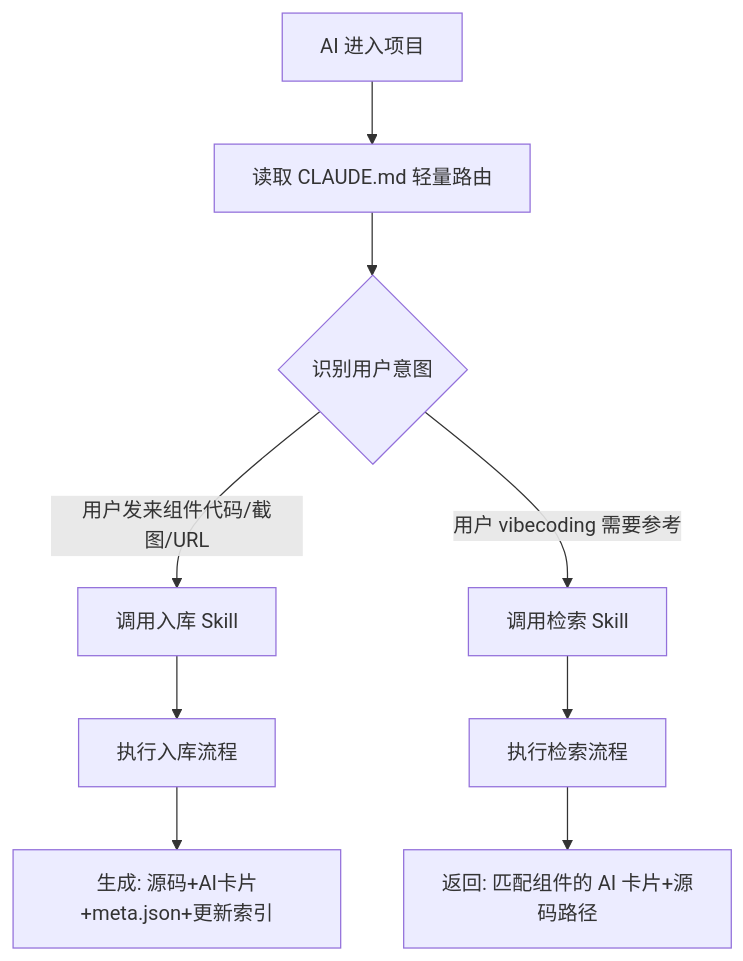
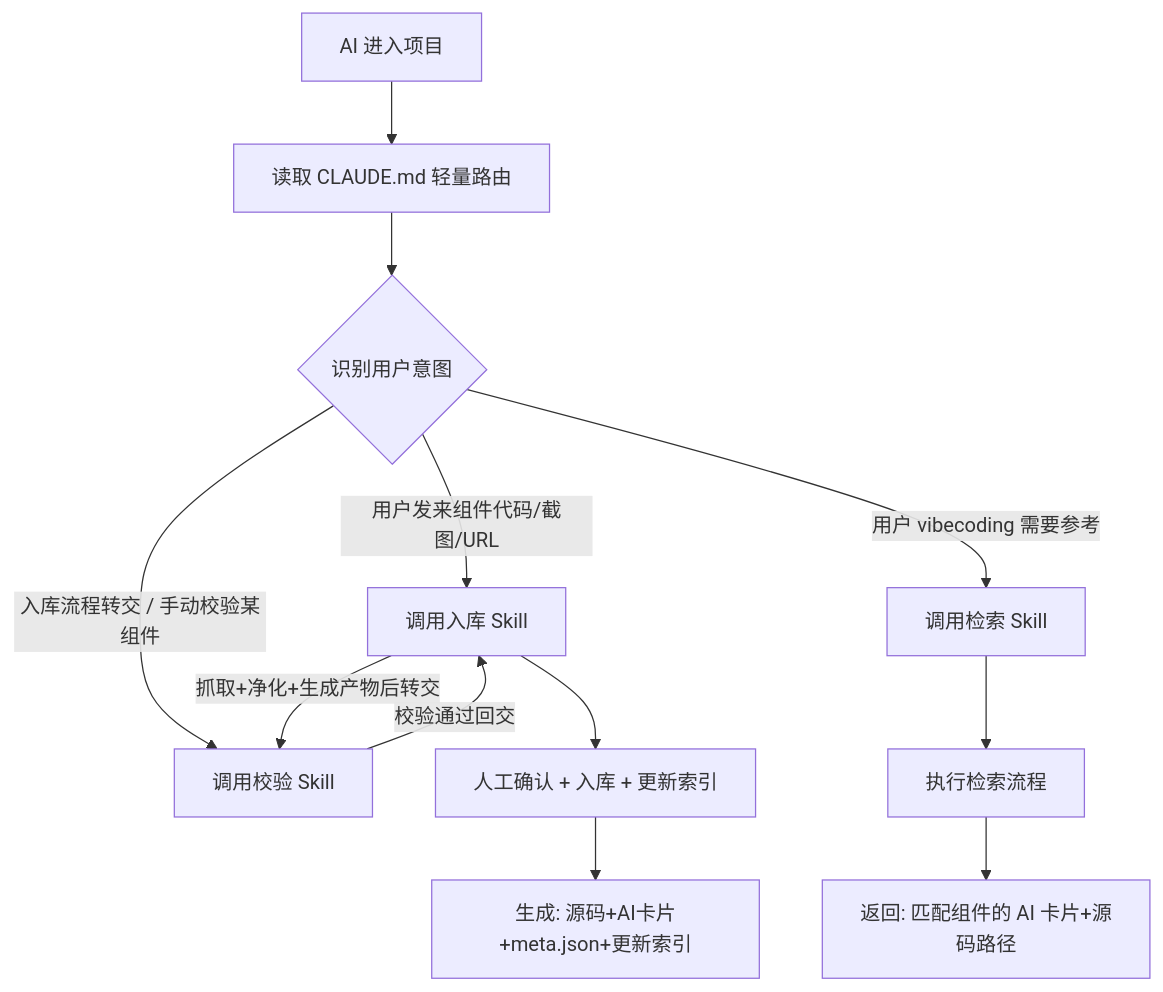
The fifth of 6 diagrams in docs/PRD.md (Syb-coder/code-design), drawn with Mermaid before and after one commit. The commit also changed other lines of this file and 2667 other files, not shown here.

````diff
--- a/docs/PRD.md
+++ b/docs/PRD.md
@@ -279,11 +360,14 @@
 ```mermaid
 flowchart TD
     A[AI 进入项目] --> B[读取 CLAUDE.md 轻量路由]
     B --> C{识别用户意图}
     C -->|用户发来组件代码/截图/URL| D[调用入库 Skill]
+    C -->|入库流程转交 / 手动校验某组件| V[调用校验 Skill]
     C -->|用户 vibecoding 需要参考| E[调用检索 Skill]
-    D --> F[执行入库流程]
+    D -->|抓取+净化+生成产物后转交| V
+    V -->|校验通过回交| D
+    D --> F[人工确认 + 入库 + 更新索引]
     E --> G[执行检索流程]
     F --> H[生成: 源码+AI卡片+meta.json+更新索引]
     G --> I[返回: 匹配组件的 AI 卡片+源码路径]
 ```
````
